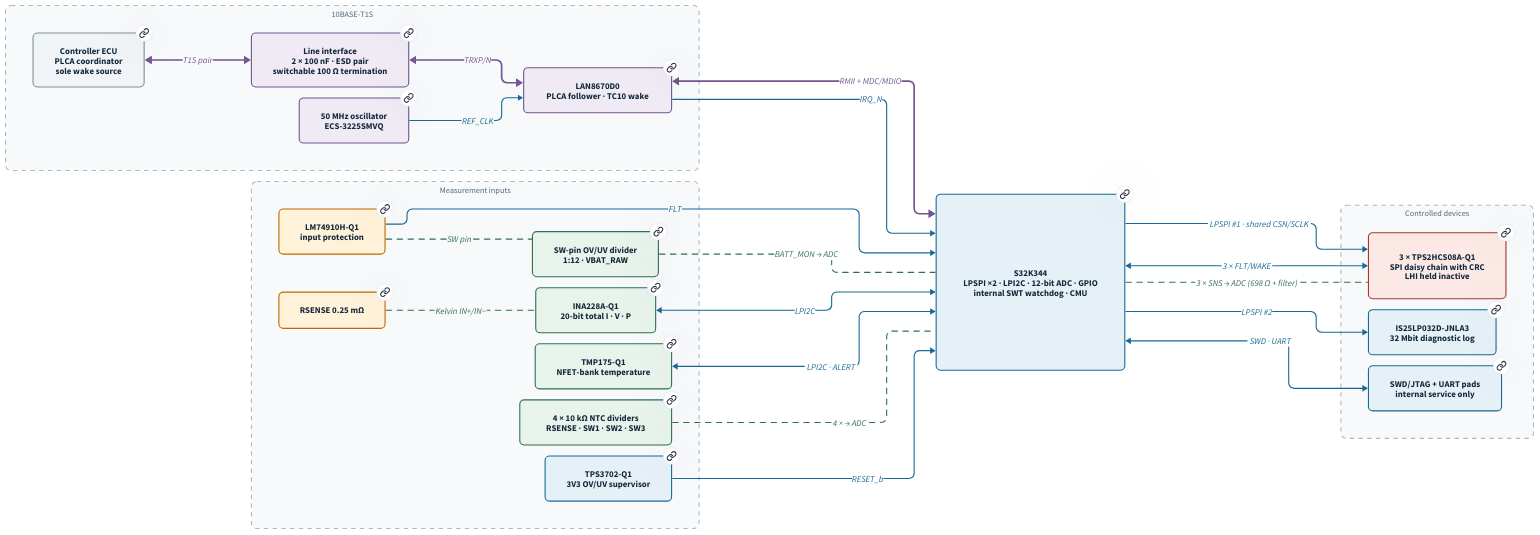
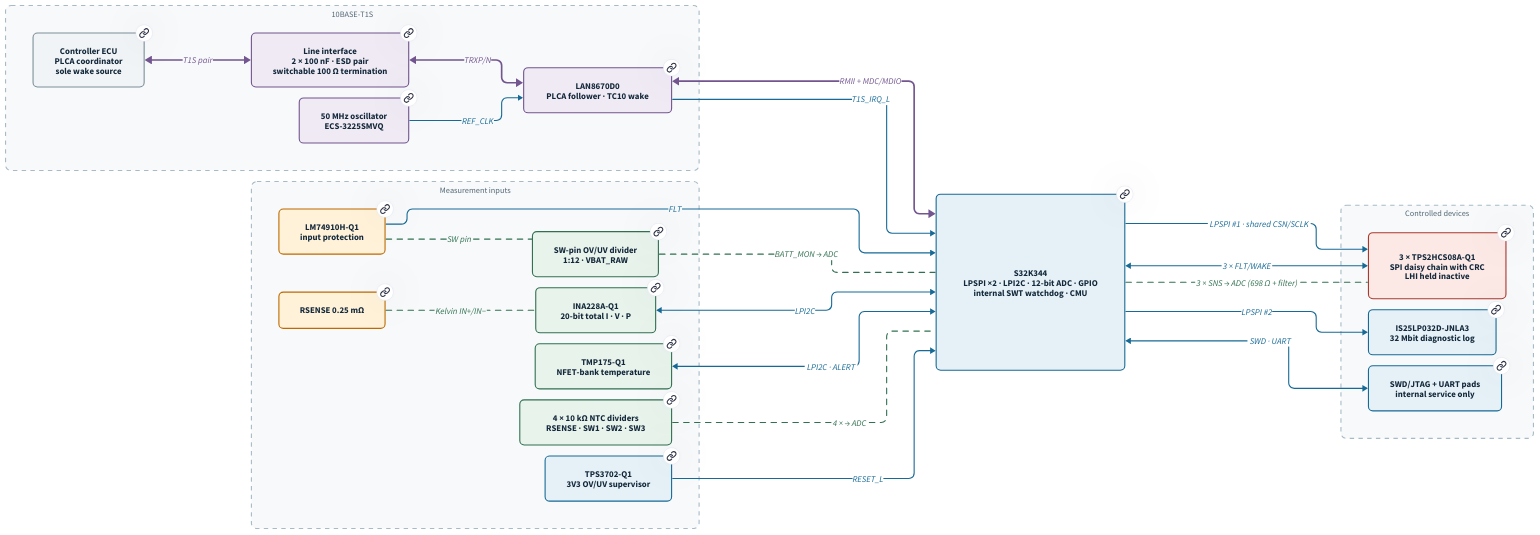
Before and after one commit to karlTbowers/node60-hw: the diagram in docs/src/diagrams/signals.d2, drawn with D2. The commit also changed 18 other files, not shown here.

First line of the commit message:
Record the 2026-10-28 schematic review answers

```diff
--- a/docs/src/diagrams/signals.d2
+++ b/docs/src/diagrams/signals.d2
@@ -1,74 +1,74 @@
 # Node60 · Signal architecture, digital and analog (Architecture Rev A)
 # Inputs on the left, MCU in the middle, outputs on the right.
 # Solid = digital (purple: network, blue: control buses). Dashed green = analog into the MCU ADC.
 # Every block links to its subsystem page (site-relative; the D2Diagram component adds the base path).
 
 direction: right
 
 vars: {
   d2-config: {
     layout-engine: elk
   }
 }
 
 classes: {
   external: {style: {fill: "#f1f4f6"; stroke: "#7d8f9b"; stroke-width: 2; border-radius: 8; font-color: "#13283a"}}
   network: {style: {fill: "#efeaf4"; stroke: "#735590"; stroke-width: 2; border-radius: 8; font-color: "#13283a"}}
   compute: {style: {fill: "#e6f1f7"; stroke: "#176a96"; stroke-width: 2; border-radius: 8; font-color: "#13283a"}}
   sense: {style: {fill: "#e8f3ec"; stroke: "#317151"; stroke-width: 2; border-radius: 8; font-color: "#13283a"}}
   battery: {style: {fill: "#fff2d9"; stroke: "#bd6b00"; stroke-width: 2; border-radius: 8; font-color: "#13283a"}}
   load: {style: {fill: "#fce9e6"; stroke: "#a9392d"; stroke-width: 2; border-radius: 8; font-color: "#13283a"}}
   group: {style: {fill: "#f7f9fa"; stroke: "#a8bac6"; stroke-dash: 4; border-radius: 10; font-color: "#536776"; font-size: 15}}
   net: {style: {stroke: "#735590"; stroke-width: 3; font-color: "#735590"}}
   dig: {style: {stroke: "#176a96"; stroke-width: 2; font-color: "#176a96"}}
   ana: {style: {stroke: "#317151"; stroke-width: 2; stroke-dash: 5; font-color: "#317151"}}
 }
 
 network: "10BASE-T1S" {
   class: group
   ecu: "Controller ECU\nPLCA coordinator\nsole wake source" {class: external; link: "/subsystems/harness/"}
   line: "Line interface\n2 × 100 nF · ESD pair\nswitchable 100 Ω termination" {class: network; link: "/subsystems/network/"}
   phy: "LAN8670D0\nPLCA follower · TC10 wake" {class: network; link: "/subsystems/network/"}
   osc: "50 MHz oscillator\nECS-3225SMVQ" {class: network; link: "/subsystems/network/"}
 }
 
 sensing: "Measurement inputs" {
   class: group
   lm: "LM74910H-Q1\ninput protection" {class: battery; link: "/subsystems/power/"}
   rsense: "RSENSE 0.25 mΩ" {class: battery; link: "/subsystems/power/"}
   div: "SW-pin OV/UV divider\n1:12 · VBAT_RAW" {class: sense; link: "/subsystems/power/"}
   ina: "INA228A-Q1\n20-bit total I · V · P" {class: sense; link: "/subsystems/power/"}
   tmp: "TMP175-Q1\nNFET-bank temperature" {class: sense; link: "/subsystems/temperature/"}
   ntc: "4 × 10 kΩ NTC dividers\nRSENSE · SW1 · SW2 · SW3" {class: sense; link: "/subsystems/temperature/"}
   sup: "TPS3702-Q1\n3V3 OV/UV supervisor" {class: compute; link: "/subsystems/supervision/"}
 }
 
 mcu: "S32K344\nLPSPI ×2 · LPI2C · 12-bit ADC · GPIO\ninternal SWT watchdog · CMU" {class: compute; link: "/subsystems/compute/"}
 
 outputs: "Controlled devices" {
   class: group
   sw: "3 × TPS2HCS08A-Q1\nSPI daisy chain with CRC\nLHI held inactive" {class: load; link: "/subsystems/outputs/"}
   flash: "IS25LP032D-JNLA3\n32 Mbit diagnostic log" {class: compute; link: "/subsystems/firmware/"}
   dbg: "SWD/JTAG + UART pads\ninternal service only" {class: compute; link: "/subsystems/compute/"}
 }
 
 network.ecu <-> network.line: "T1S pair" {class: net}
 network.line <-> network.phy: "TRXP/N" {class: net}
 network.osc -> network.phy: "REF_CLK" {class: dig}
 network.phy <-> mcu: "RMII + MDC/MDIO" {class: net}
-network.phy -> mcu: "IRQ_N" {class: dig}
+network.phy -> mcu: "T1S_IRQ_L" {class: dig}
 
 sensing.rsense -- sensing.ina: "Kelvin IN+/IN−" {class: ana}
 sensing.lm -- sensing.div: "SW pin" {class: ana}
 sensing.div -- mcu: "BATT_MON → ADC" {class: ana}
 sensing.ntc -- mcu: "4 × → ADC" {class: ana}
 sensing.ina <-> mcu: "LPI2C" {class: dig}
 sensing.tmp <-> mcu: "LPI2C · ALERT" {class: dig}
 sensing.lm -> mcu: "FLT" {class: dig}
-sensing.sup -> mcu: "RESET_b" {class: dig}
+sensing.sup -> mcu: "RESET_L" {class: dig}
 
 mcu -> outputs.sw: "LPSPI #1 · shared CSN/SCLK" {class: dig}
 mcu <-> outputs.sw: "3 × FLT/WAKE" {class: dig}
 mcu -- outputs.sw: "3 × SNS → ADC (698 Ω + filter)" {class: ana}
 mcu -> outputs.flash: "LPSPI #2" {class: dig}
 mcu <-> outputs.dbg: "SWD · UART" {class: dig}
```
